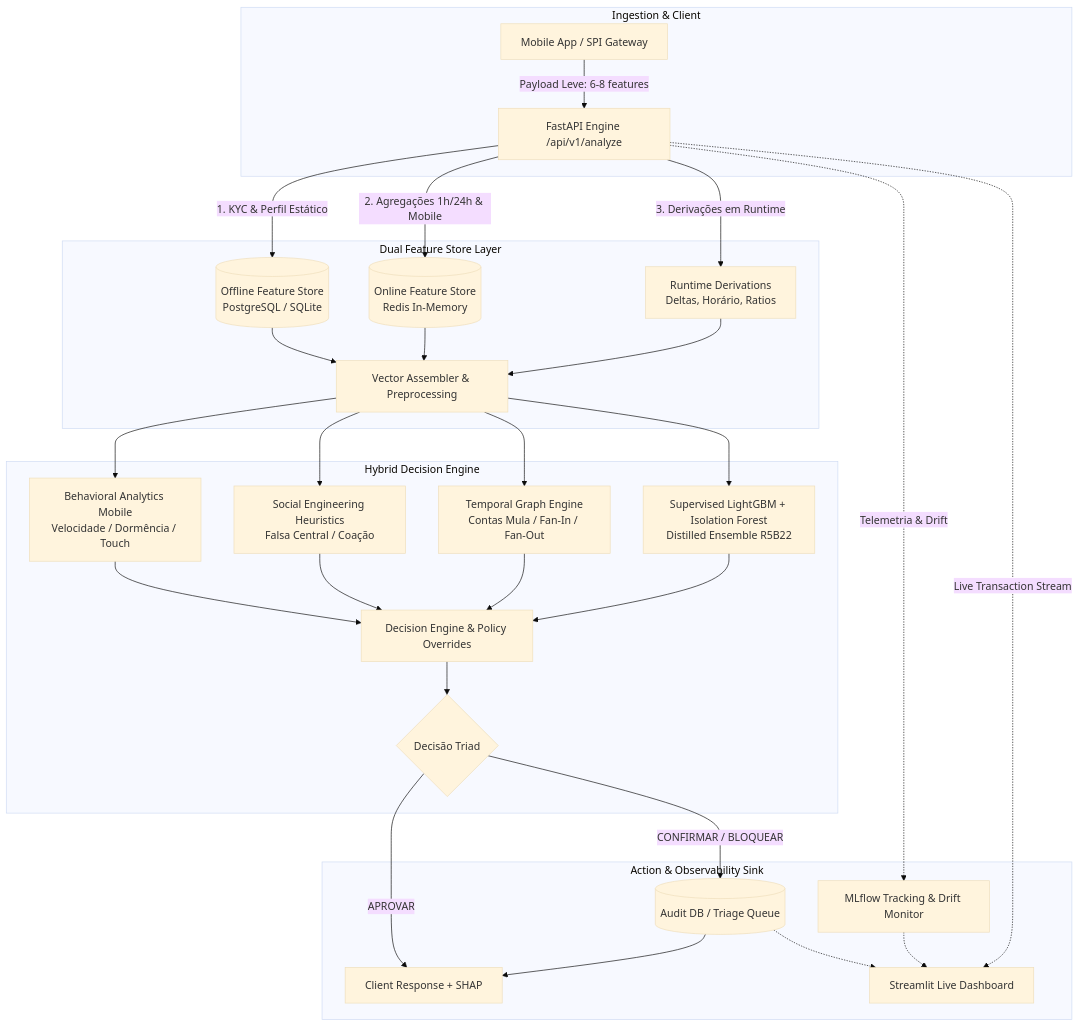
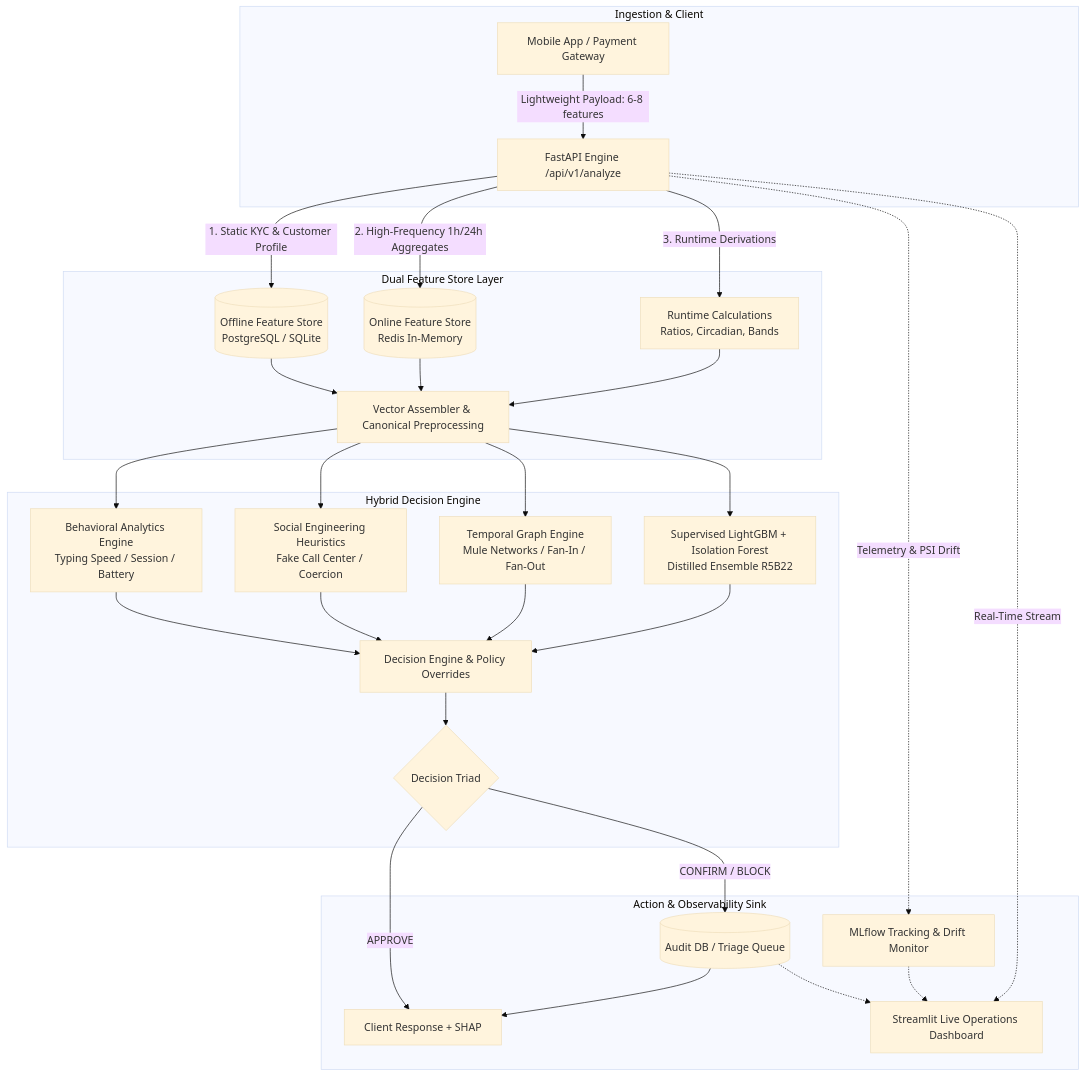
The diagram in README.md (Masteradilio/sentinel_pix), drawn with Mermaid (base theme) before and after one commit. The commit also changed other lines of this file and 175 other files, not shown here.

````diff
--- a/README.md
+++ b/README.md
@@ -28,32 +34,32 @@
 ```mermaid
 flowchart TD
     subgraph Ingestion & Client
-        A[Mobile App / SPI Gateway] -->|Payload Leve: 6-8 features| B[FastAPI Engine /api/v1/analyze]
+        A[Mobile App / Payment Gateway] -->|Lightweight Payload: 6-8 features| B[FastAPI Engine /api/v1/analyze]
     end
 
     subgraph Dual Feature Store Layer
-        B -->|1. KYC & Perfil Estático| C1[(Offline Feature Store<br/>PostgreSQL / SQLite)]
-        B -->|2. Agregações 1h/24h & Mobile| C2[(Online Feature Store<br/>Redis In-Memory)]
-        B -->|3. Derivações em Runtime| C3[Runtime Derivations<br/>Deltas, Horário, Ratios]
-        C1 & C2 & C3 --> D[Vector Assembler & Preprocessing]
+        B -->|1. Static KYC & Customer Profile| C1[(Offline Feature Store<br/>PostgreSQL / SQLite)]
+        B -->|2. High-Frequency 1h/24h Aggregates| C2[(Online Feature Store<br/>Redis In-Memory)]
+        B -->|3. Runtime Derivations| C3[Runtime Calculations<br/>Ratios, Circadian, Bands]
+        C1 & C2 & C3 --> D[Vector Assembler & Canonical Preprocessing]
     end
 
     subgraph Hybrid Decision Engine
-        D --> E1[Behavioral Analytics Mobile<br/>Velocidade / Dormência / Touch]
-        D --> E2[Social Engineering Heuristics<br/>Falsa Central / Coação]
-        D --> E3[Temporal Graph Engine<br/>Contas Mula / Fan-In / Fan-Out]
+        D --> E1[Behavioral Analytics Engine<br/>Typing Speed / Session / Battery]
+        D --> E2[Social Engineering Heuristics<br/>Fake Call Center / Coercion]
+        D --> E3[Temporal Graph Engine<br/>Mule Networks / Fan-In / Fan-Out]
         D --> E4[Supervised LightGBM + Isolation Forest<br/>Distilled Ensemble R5B22]
         E1 & E2 & E3 & E4 --> F[Decision Engine & Policy Overrides]
-        F --> G{Decisão Triad}
+        F --> G{Decision Triad}
     end
 
     subgraph Action & Observability Sink
-        G -->|APROVAR| H1[Client Response + SHAP]
-        G -->|CONFIRMAR / BLOQUEAR| H2[(Audit DB / Triage Queue)]
+        G -->|APPROVE| H1[Client Response + SHAP]
+        G -->|CONFIRM / BLOCK| H2[(Audit DB / Triage Queue)]
         H2 --> H1
-        B -.->|Telemetria & Drift| I[MLflow Tracking & Drift Monitor]
-        B -.->|Live Transaction Stream| J[Streamlit Live Dashboard]
+        B -.->|Telemetry & PSI Drift| I[MLflow Tracking & Drift Monitor]
+        B -.->|Real-Time Stream| J[Streamlit Live Operations Dashboard]
         I -.-> J
         H2 -.-> J
     end
 ```
````
